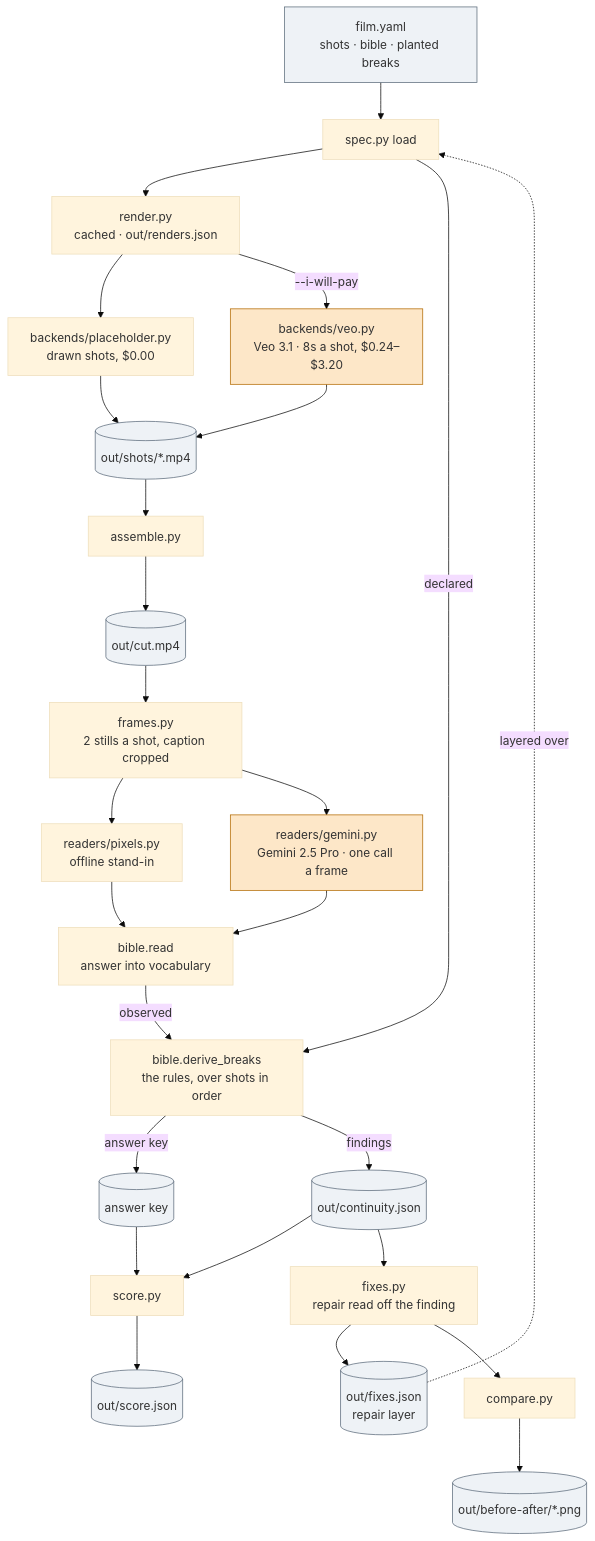
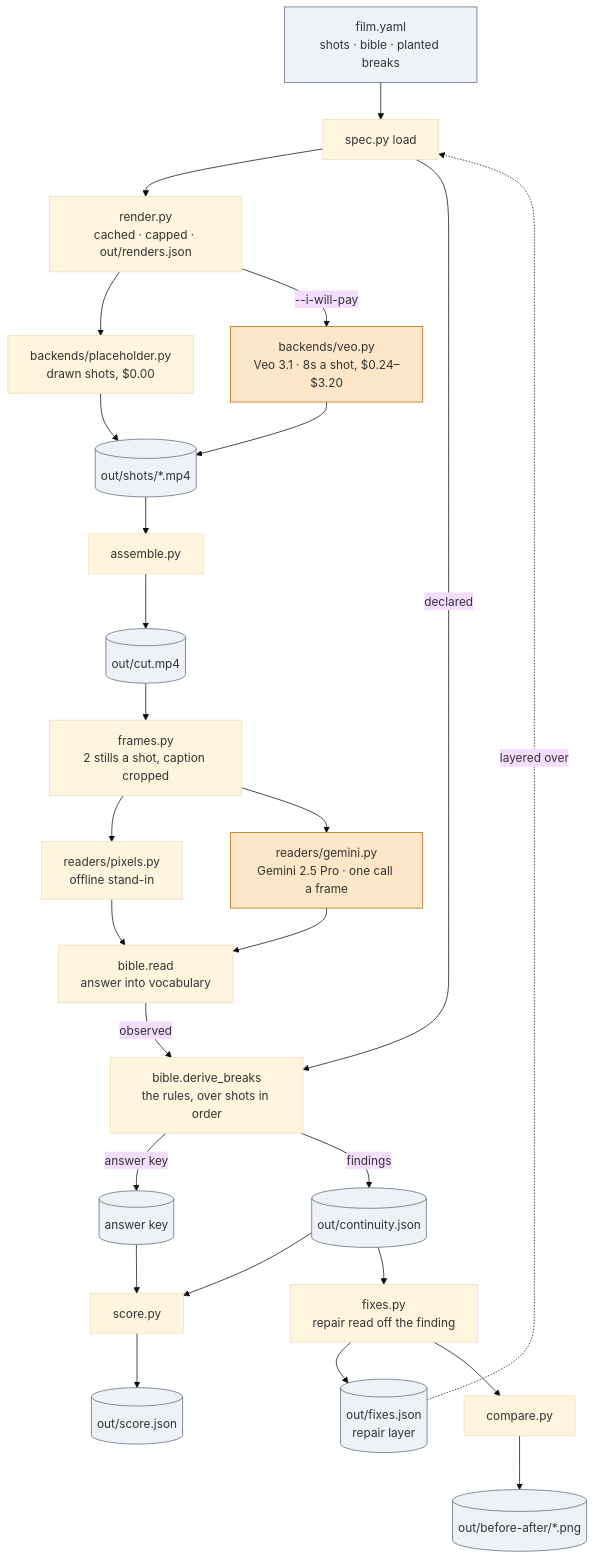
Before and after one commit to jtmuller5/continuity-checker: the first of 2 diagrams in README.md, drawn with Mermaid (base theme). The commit also changed other lines of this file and 5 other files, not shown here.

````diff
--- a/README.md
+++ b/README.md
@@ -235,44 +235,44 @@
 ```mermaid
 flowchart TB
   spec["film.yaml<br/>shots · bible · planted breaks"]
   fixesf[("out/fixes.json<br/>repair layer")]
   load["spec.py load"]
-  render["render.py<br/>cached · out/renders.json"]
+  render["render.py<br/>cached · capped · out/renders.json"]
   ph["backends/placeholder.py<br/>drawn shots, $0.00"]
   veo["backends/veo.py<br/>Veo 3.1 · 8s a shot, $0.24–$3.20"]
   shots[("out/shots/*.mp4")]
   assemble["assemble.py"]
   cut[("out/cut.mp4")]
   frames["frames.py<br/>2 stills a shot, caption cropped"]
   pixels["readers/pixels.py<br/>offline stand-in"]
   gem["readers/gemini.py<br/>Gemini 2.5 Pro · one call a frame"]
   fold["bible.read<br/>answer into vocabulary"]
   derive["bible.derive_breaks<br/>the rules, over shots in order"]
   key[("answer key")]
   report[("out/continuity.json")]
   score["score.py"]
   scorej[("out/score.json")]
   fixmod["fixes.py<br/>repair read off the finding"]
   compare["compare.py"]
   plate[("out/before-after/*.png")]
 
   spec --> load
   fixesf -. layered over .-> load
   load --> render
   render --> ph --> shots
   render -->|--i-will-pay| veo --> shots
   shots --> assemble --> cut --> frames
   frames --> pixels --> fold
   frames --> gem --> fold
   load -->|declared| derive
   fold -->|observed| derive
   derive -->|answer key| key --> score
   derive -->|findings| report --> score --> scorej
   report --> fixmod --> fixesf
   fixmod --> compare --> plate
 
   classDef paid fill:#fde7c8,stroke:#b26a00;
   classDef file fill:#eef2f6,stroke:#5b6b7a;
   class veo,gem paid;
   class spec,fixesf,shots,cut,key,report,scorej,plate file;
 ```
````
